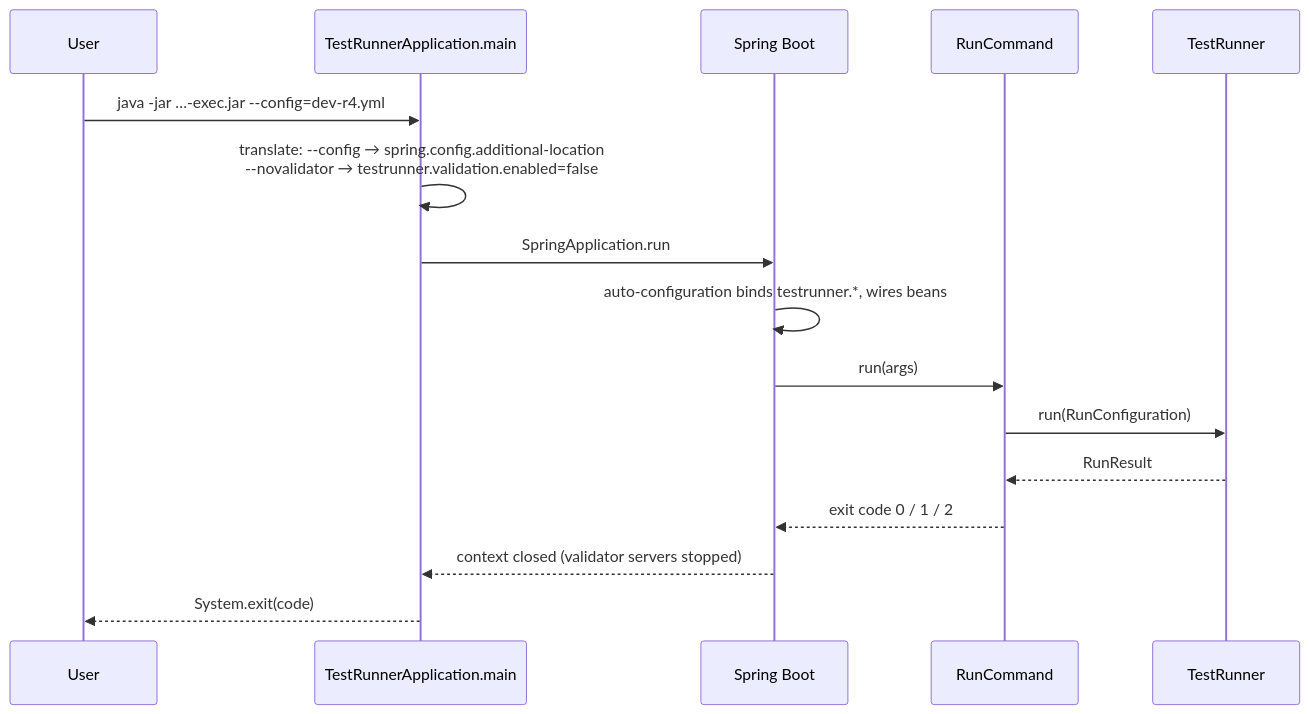
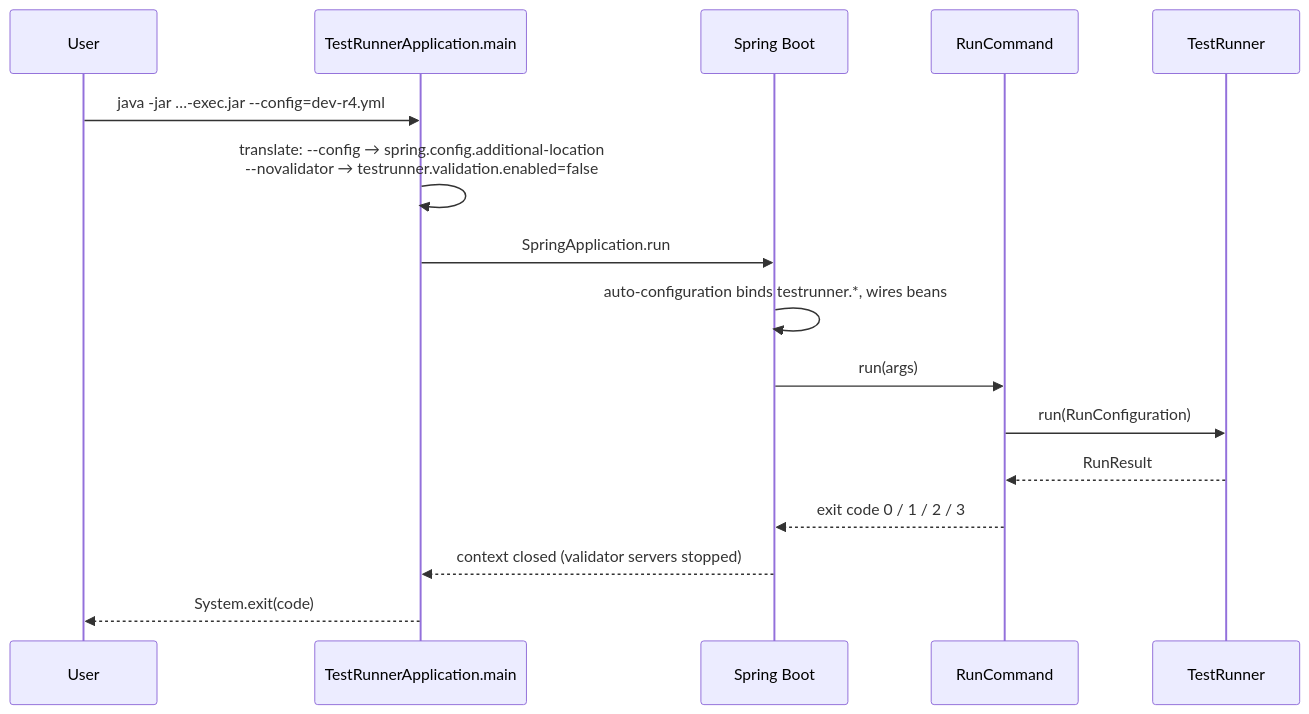
One commit to mratzenb/FHIR-TestRunner changed the diagram in docs/wiki/modules/testrunner-app.md. Above: the diagram before and after it, drawn with Mermaid. The commit also changed other lines of this file and 11 other files, not shown here.

````diff
--- a/docs/wiki/modules/testrunner-app.md
+++ b/docs/wiki/modules/testrunner-app.md
@@ -20,18 +20,18 @@
 ```mermaid
 sequenceDiagram
     participant U as User
     participant M as TestRunnerApplication.main
     participant S as Spring Boot
     participant R as RunCommand
     participant T as TestRunner
     U->>M: java -jar …-exec.jar --config=dev-r4.yml
     M->>M: translate: --config → spring.config.additional-location<br/>--novalidator → testrunner.validation.enabled=false
     M->>S: SpringApplication.run
     S->>S: auto-configuration binds testrunner.*, wires beans
     S->>R: run(args)
     R->>T: run(RunConfiguration)
     T-->>R: RunResult
-    R-->>S: exit code 0 / 1 / 2
+    R-->>S: exit code 0 / 1 / 2 / 3
     S-->>M: context closed (validator servers stopped)
     M-->>U: System.exit(code)
 ```
````
